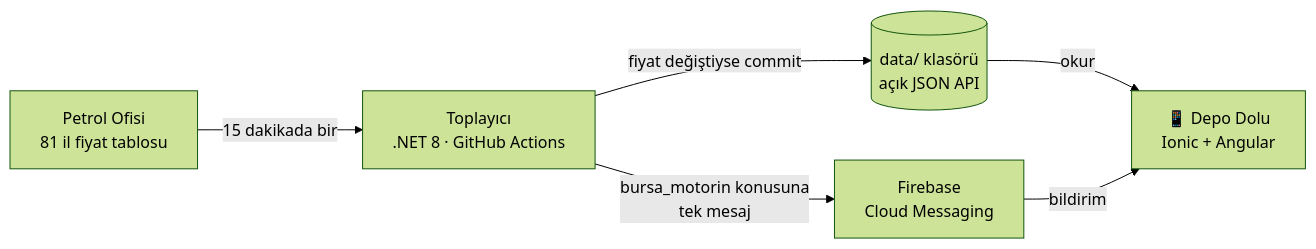
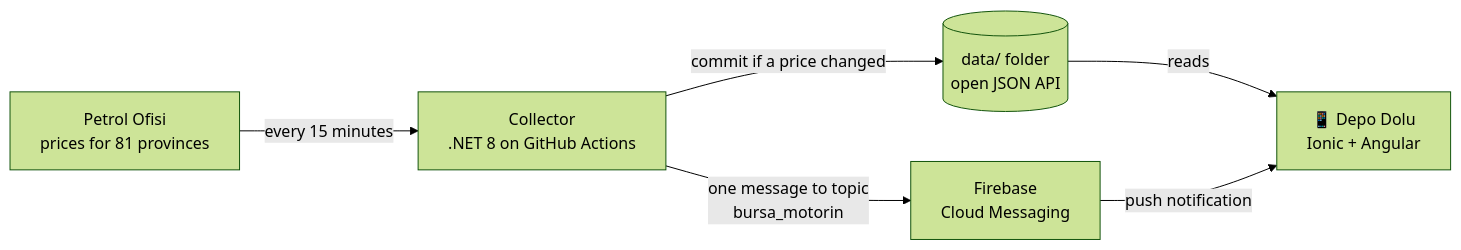
One commit to ozkurtomer/depo-dolu changed the diagram in README.md. Above: the diagram before and after it, drawn with Mermaid (forest theme). The commit also changed other lines of this file and 4 other files, not shown here.

````diff
--- a/README.md
+++ b/README.md
@@ -141,8 +149,8 @@
 ```mermaid
 flowchart LR
-    PO["Petrol Ofisi<br/>81 il fiyat tablosu"] -->|15 dakikada bir| C["Toplayıcı<br/>.NET 8 · GitHub Actions"]
-    C -->|fiyat değiştiyse commit| D[("data/ klasörü<br/>açık JSON API")]
-    C -->|"bursa_motorin konusuna<br/>tek mesaj"| F["Firebase<br/>Cloud Messaging"]
-    D -->|okur| A["📱 Depo Dolu<br/>Ionic + Angular"]
-    F -->|bildirim| A
+    PO["Petrol Ofisi<br/>prices for 81 provinces"] -->|every 15 minutes| C["Collector<br/>.NET 8 on GitHub Actions"]
+    C -->|commit if a price changed| D[("data/ folder<br/>open JSON API")]
+    C -->|"one message to topic<br/>bursa_motorin"| F["Firebase<br/>Cloud Messaging"]
+    D -->|reads| A["📱 Depo Dolu<br/>Ionic + Angular"]
+    F -->|push notification| A
 ```
````
